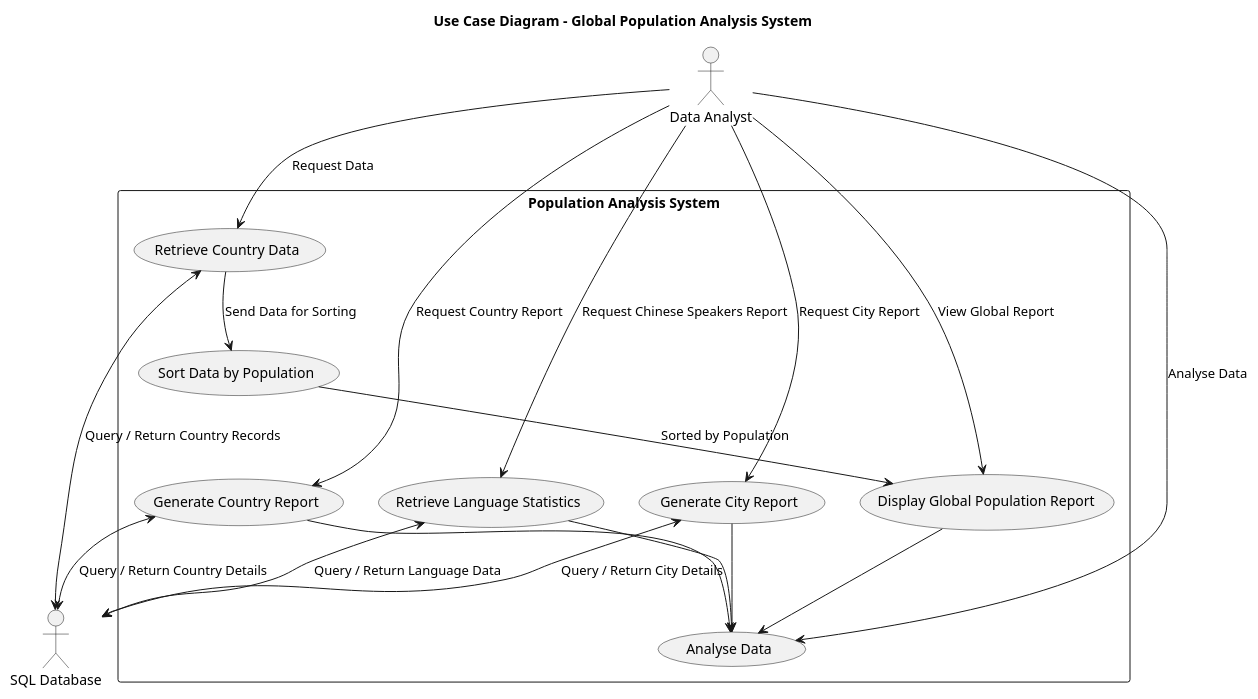
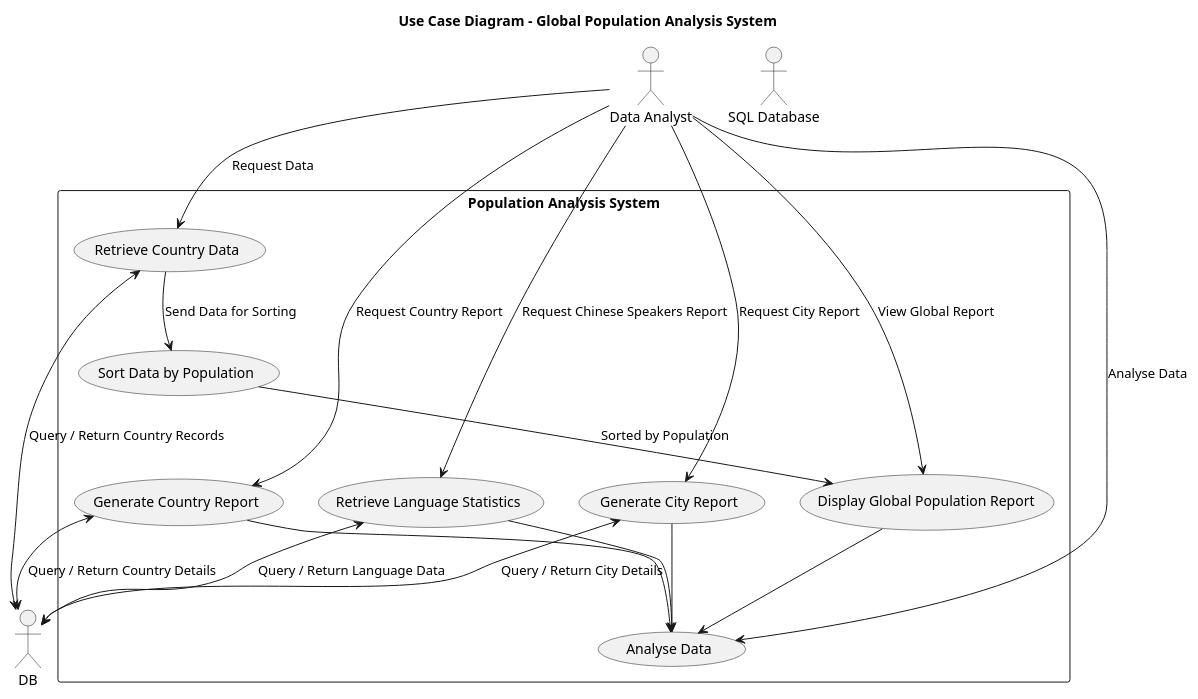
Before and after one commit to Harris-Taylor/Group-4: the diagram in Class-Diagram.puml, drawn with PlantUML. The commit also changed 1 other file, not shown here.

```diff
--- a/Class-Diagram.puml
+++ b/Class-Diagram.puml
@@ -1,39 +1,39 @@
 @startuml
 title Use Case Diagram - Global Population Analysis System
 
 actor "Data Analyst" as Analyst
-actor "SQL Database" as DB
+actor "SQL Database" as DataBase
 
 rectangle "Population Analysis System" as System {
     usecase "Retrieve Country Data" as UC1
     usecase "Sort Data by Population" as UC2
     usecase "Display Global Population Report" as UC3
     usecase "Retrieve Language Statistics" as UC4
     usecase "Generate Country Report" as UC5
     usecase "Generate City Report" as UC6
     usecase "Analyse Data" as UC7
 }
 
 '--- Data Analyst interactions ---
 Analyst --> UC1 : "Request Data"
 Analyst --> UC3 : "View Global Report"
 Analyst --> UC4 : "Request Chinese Speakers Report"
 Analyst --> UC5 : "Request Country Report"
 Analyst --> UC6 : "Request City Report"
 Analyst --> UC7 : "Analyse Data"
 
 '--- System internal flow ---
 UC1 --> UC2 : "Send Data for Sorting"
 UC2 --> UC3 : "Sorted by Population"
 UC3 --> UC7
 UC4 --> UC7
 UC5 --> UC7
 UC6 --> UC7
 
 '--- Bi-directional SQL data exchange ---
 UC1 <--> DB : "Query / Return Country Records"
 UC4 <--> DB : "Query / Return Language Data"
 UC5 <--> DB : "Query / Return Country Details"
 UC6 <--> DB : "Query / Return City Details"
 
 @enduml
```
